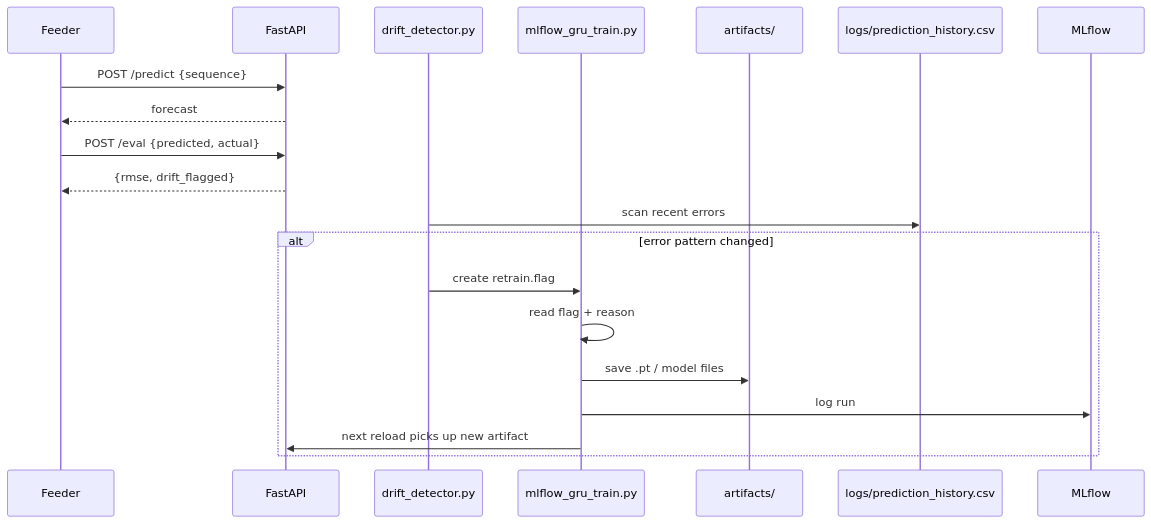
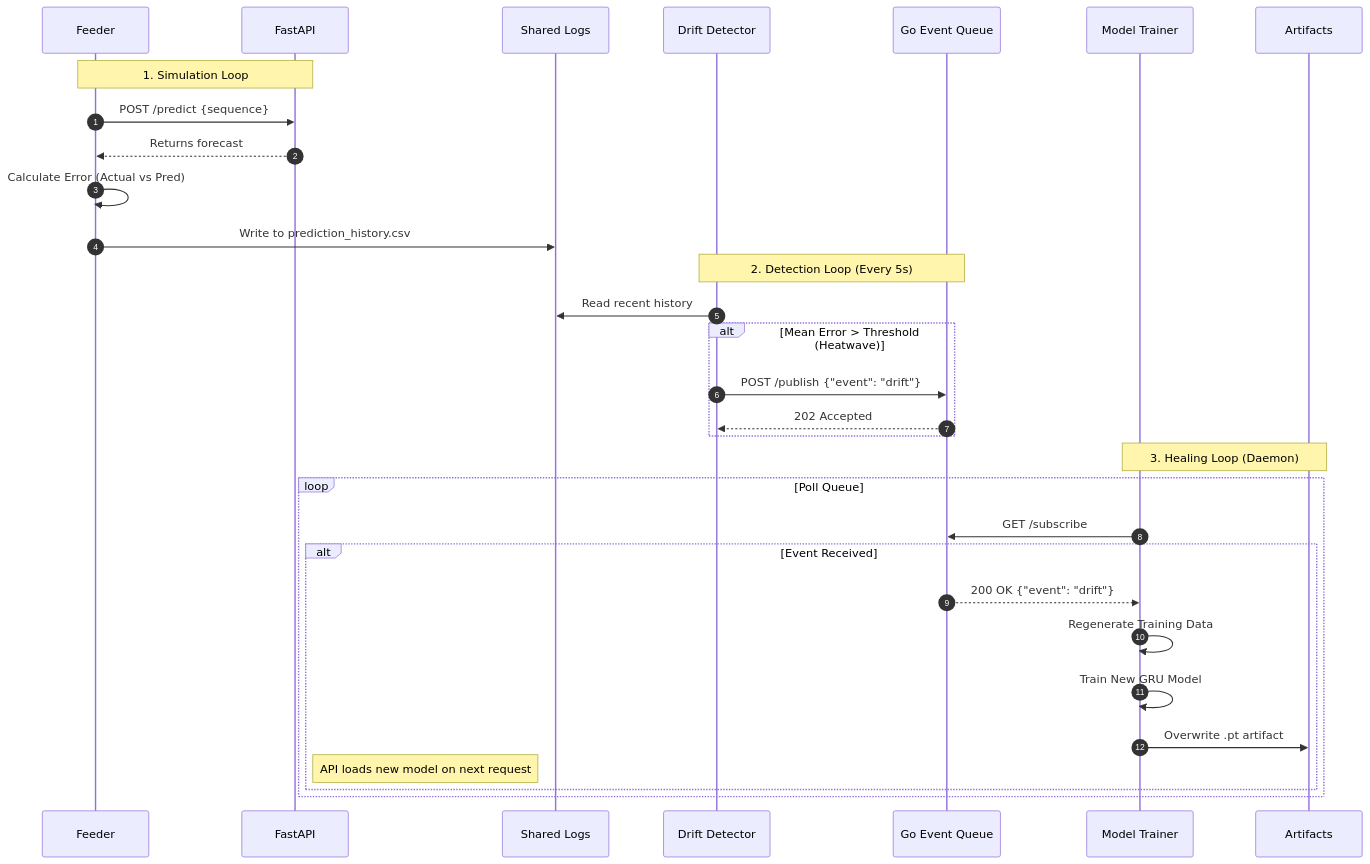
One commit to mdgolammafuz/AeroCast changed the second of 2 diagrams in README.md. Above: the diagram before and after it, drawn with Mermaid. The commit also changed other lines of this file, not shown here.

Commit message:
docs: update readme with go architecture, runbook, and limitations

````diff
--- a/README.md
+++ b/README.md
@@ -343,21 +428,36 @@
 ```mermaid
 sequenceDiagram
+    autonumber
     participant Feeder
     participant API as FastAPI
-    participant Drift as drift_detector.py
-    participant Trainer as mlflow_gru_train.py
-    participant Store as artifacts/
+    participant Disk as Shared Logs
+    participant Drift as Drift Detector
+    participant Queue as Go Event Queue
+    participant Trainer as Model Trainer
+    participant Store as Artifacts
 
+    Note over Feeder, API: 1. Simulation Loop
     Feeder->>API: POST /predict {sequence}
-    API-->>Feeder: forecast
-    Feeder->>API: POST /eval {predicted, actual}
-    API-->>Feeder: {rmse, drift_flagged}
-    Drift->>logs/prediction_history.csv: scan recent errors
-    alt error pattern changed
-        Drift->>Trainer: create retrain.flag
-        Trainer->>Trainer: read flag + reason
-        Trainer->>Store: save .pt / model files
-        Trainer->>MLflow: log run
-        Trainer->>API: next reload picks up new artifact
+    API-->>Feeder: Returns forecast
+    Feeder->>Feeder: Calculate Error (Actual vs Pred)
+    Feeder->>Disk: Write to prediction_history.csv
+
+    Note over Drift, Queue: 2. Detection Loop (Every 5s)
+    Drift->>Disk: Read recent history
+    alt Mean Error > Threshold (Heatwave)
+        Drift->>Queue: POST /publish {"event": "drift"}
+        Queue-->>Drift: 202 Accepted
+    end
+
+    Note over Trainer, Store: 3. Healing Loop (Daemon)
+    loop Poll Queue
+        Trainer->>Queue: GET /subscribe
+        alt Event Received
+            Queue-->>Trainer: 200 OK {"event": "drift"}
+            Trainer->>Trainer: Regenerate Training Data
+            Trainer->>Trainer: Train New GRU Model
+            Trainer->>Store: Overwrite .pt artifact
+            Note right of API: API loads new model on next request
+        end
     end
 ```
````
